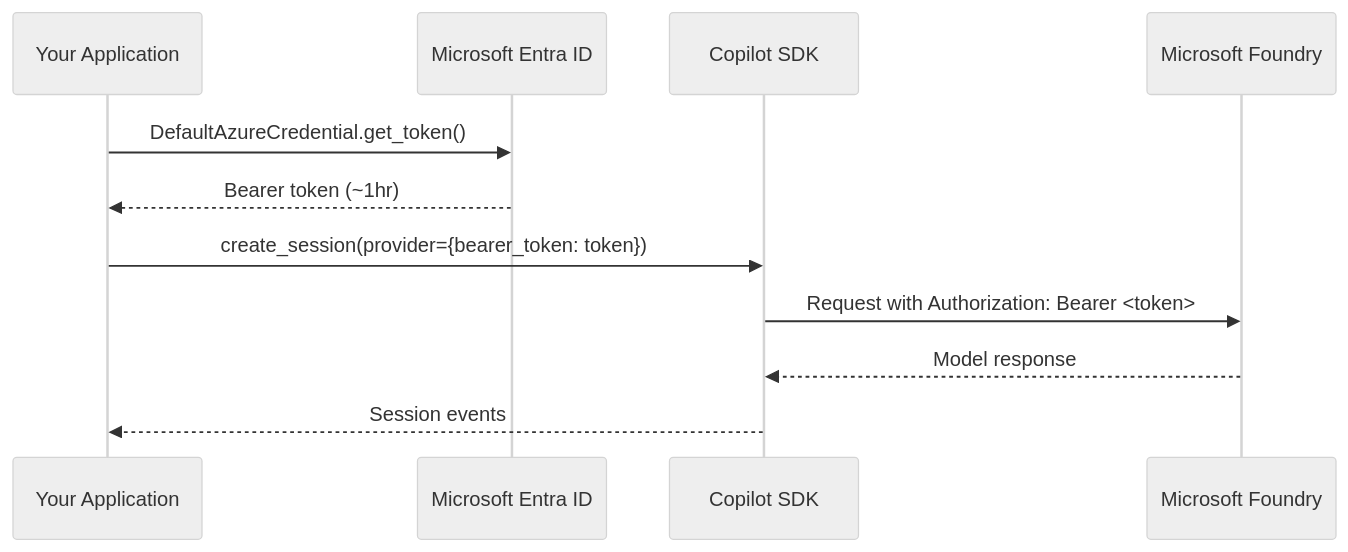
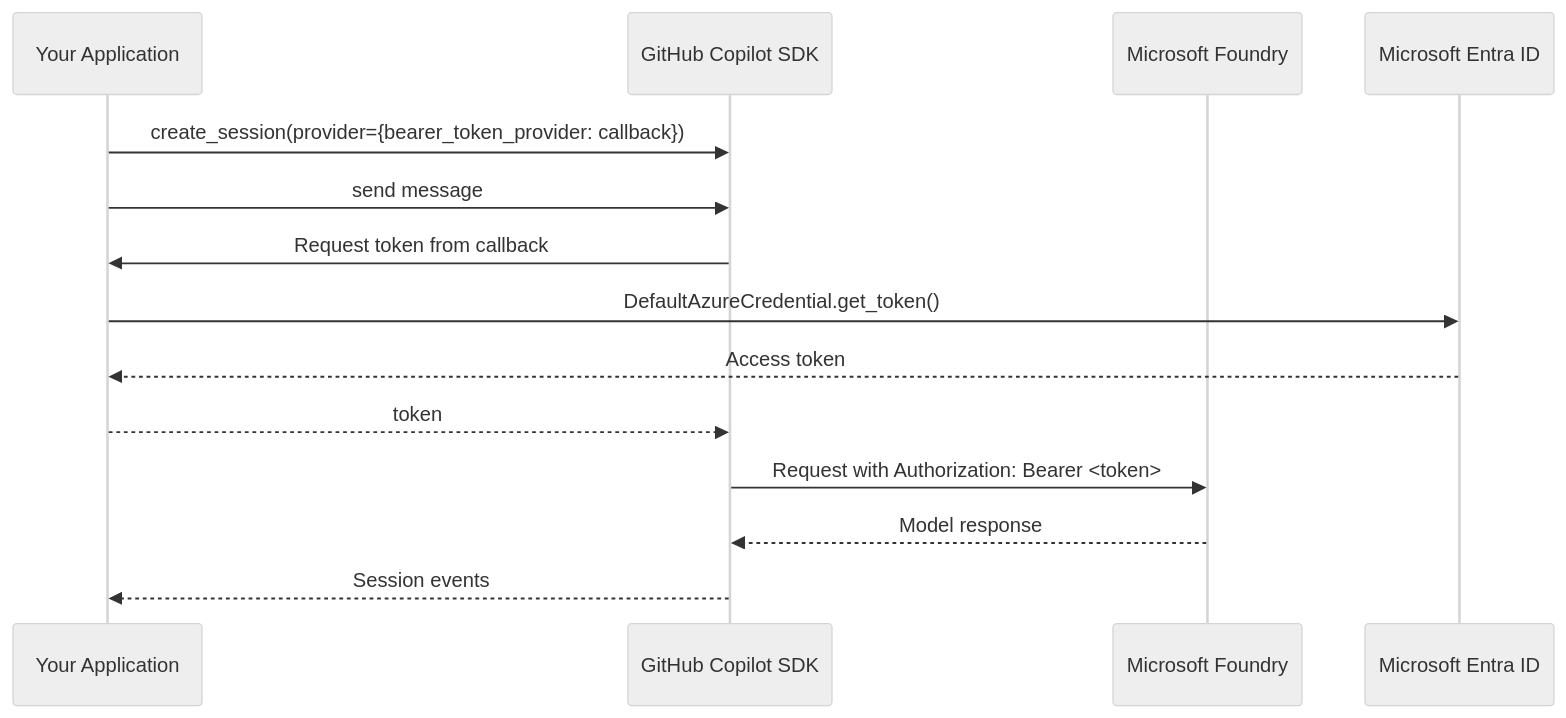
The diagram in docs/setup/azure-managed-identity.md (github/copilot-sdk), drawn with Mermaid (neutral theme) before and after one commit. The commit also changed other lines of this file and 2 other files, not shown here.

````diff
--- a/docs/setup/azure-managed-identity.md
+++ b/docs/setup/azure-managed-identity.md
@@ -15,14 +17,17 @@
 ```mermaid
 sequenceDiagram
     participant App as Your Application
+    participant SDK as GitHub Copilot SDK
+    participant Foundry as Microsoft Foundry
     participant MEID as Microsoft Entra ID
-    participant SDK as Copilot SDK
-    participant Foundry as Microsoft Foundry
 
+    App->>SDK: create_session(provider={bearer_token_provider: callback})
+    App->>SDK: send message
+    SDK->>App: Request token from callback
     App->>MEID: DefaultAzureCredential.get_token()
-    MEID-->>App: Bearer token (~1hr)
-    App->>SDK: create_session(provider={bearer_token: token})
+    MEID-->>App: Access token
+    App-->>SDK: token
     SDK->>Foundry: Request with Authorization: Bearer <token>
     Foundry-->>SDK: Model response
     SDK-->>App: Session events
 ```
````
